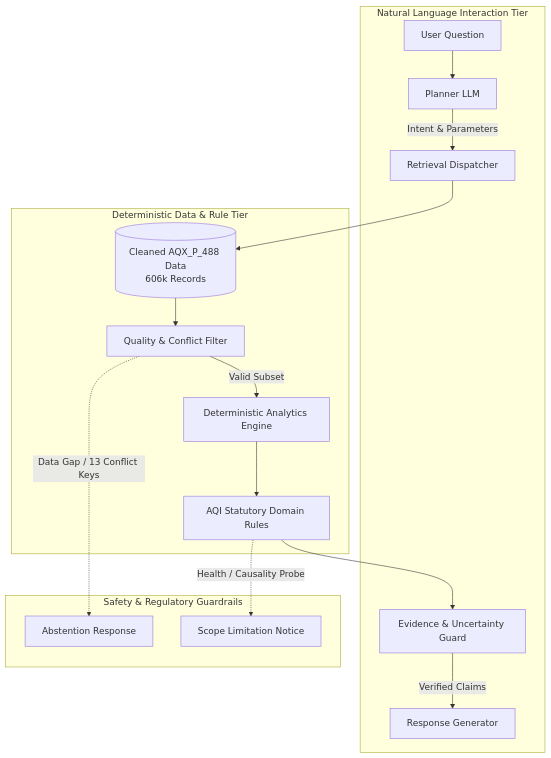
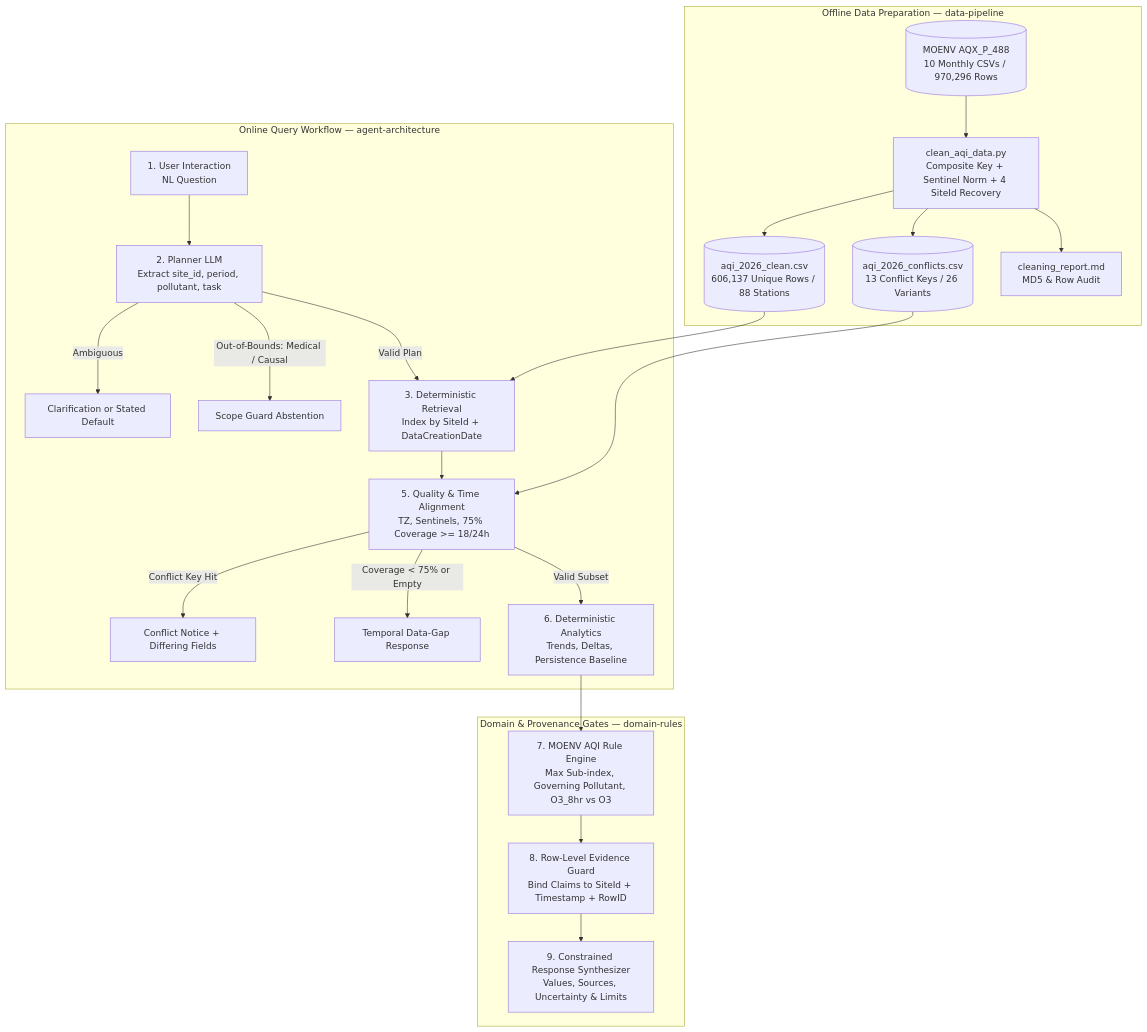
The diagram in openspec/changes/proposal-refactor/design.md (Richard5007/DIC3-Project-Proposal-Refactor-using-Openspec), drawn with Mermaid before and after one commit. The commit also changed other lines of this file and 18 other files, not shown here.

Commit message:
docs(openspec): update AirGuard AI proposal with IEEE abstract, Perplexity 2025 evidence, 300-word summary, and strict OpenSpec specs

````diff
--- a/openspec/changes/proposal-refactor/design.md
+++ b/openspec/changes/proposal-refactor/design.md
@@ -7,21 +19,28 @@
 ```mermaid
 flowchart TD
-    subgraph Natural_Language_Tier [Natural Language Interaction Tier]
-        U[User Question] --> P[Planner LLM]
-        P -->|Intent & Parameters| R[Retrieval Dispatcher]
-        G[Evidence & Uncertainty Guard] -->|Verified Claims| O[Response Generator]
+    subgraph Stage_1_Ingestion [Offline Data Preparation — data-pipeline]
+        RAW[(MOENV AQX_P_488\n10 Monthly CSVs / 970,296 Rows)] --> CLN[clean_aqi_data.py\nComposite Key + Sentinel Norm + 4 SiteId Recovery]
+        CLN --> CLEAN[(aqi_2026_clean.csv\n606,137 Unique Rows / 88 Stations)]
+        CLN --> CONF[(aqi_2026_conflicts.csv\n13 Conflict Keys / 26 Variants)]
+        CLN --> REP[cleaning_report.md\nMD5 & Row Audit]
     end
 
-    subgraph Deterministic_Execution_Tier [Deterministic Data & Rule Tier]
-        R --> DB[(Cleaned AQX_P_488 Data\n606k Records)]
-        DB --> QC[Quality & Conflict Filter]
-        QC -->|Valid Subset| DE[Deterministic Analytics Engine]
-        DE --> DR[AQI Statutory Domain Rules]
-        DR --> G
+    subgraph Stage_2_Orchestration [Online Query Workflow — agent-architecture]
+        U[1. User Interaction\nNL Question] --> P[2. Planner LLM\nExtract site_id, period, pollutant, task]
+        P -->|Ambiguous| CLR[Clarification or Stated Default]
+        P -->|Out-of-Bounds: Medical / Causal| AB1[Scope Guard Abstention]
+        P -->|Valid Plan| RET[3. Deterministic Retrieval\nIndex by SiteId + DataCreationDate]
+        CLEAN --> RET
+        CONF --> QC
+        RET --> QC[5. Quality & Time Alignment\nTZ, Sentinels, 75% Coverage >= 18/24h]
+        QC -->|Conflict Key Hit| AB2[Conflict Notice + Differing Fields]
+        QC -->|Coverage < 75% or Empty| AB3[Temporal Data-Gap Response]
+        QC -->|Valid Subset| ANA[6. Deterministic Analytics\nTrends, Deltas, Persistence Baseline]
     end
 
-    subgraph Safety_Boundary_Tier [Safety & Regulatory Guardrails]
-        QC -.->|Data Gap / 13 Conflict Keys| AB[Abstention Response]
-        DR -.->|Health / Causality Probe| SO[Scope Limitation Notice]
+    subgraph Stage_3_Grounding [Domain & Provenance Gates — domain-rules]
+        ANA --> DOM[7. MOENV AQI Rule Engine\nMax Sub-index, Governing Pollutant, O3_8hr vs O3]
+        DOM --> GRD[8. Row-Level Evidence Guard\nBind Claims to SiteId + Timestamp + RowID]
+        GRD --> SYN[9. Constrained Response Synthesizer\nValues, Sources, Uncertainty & Limits]
     end
 ```
````
